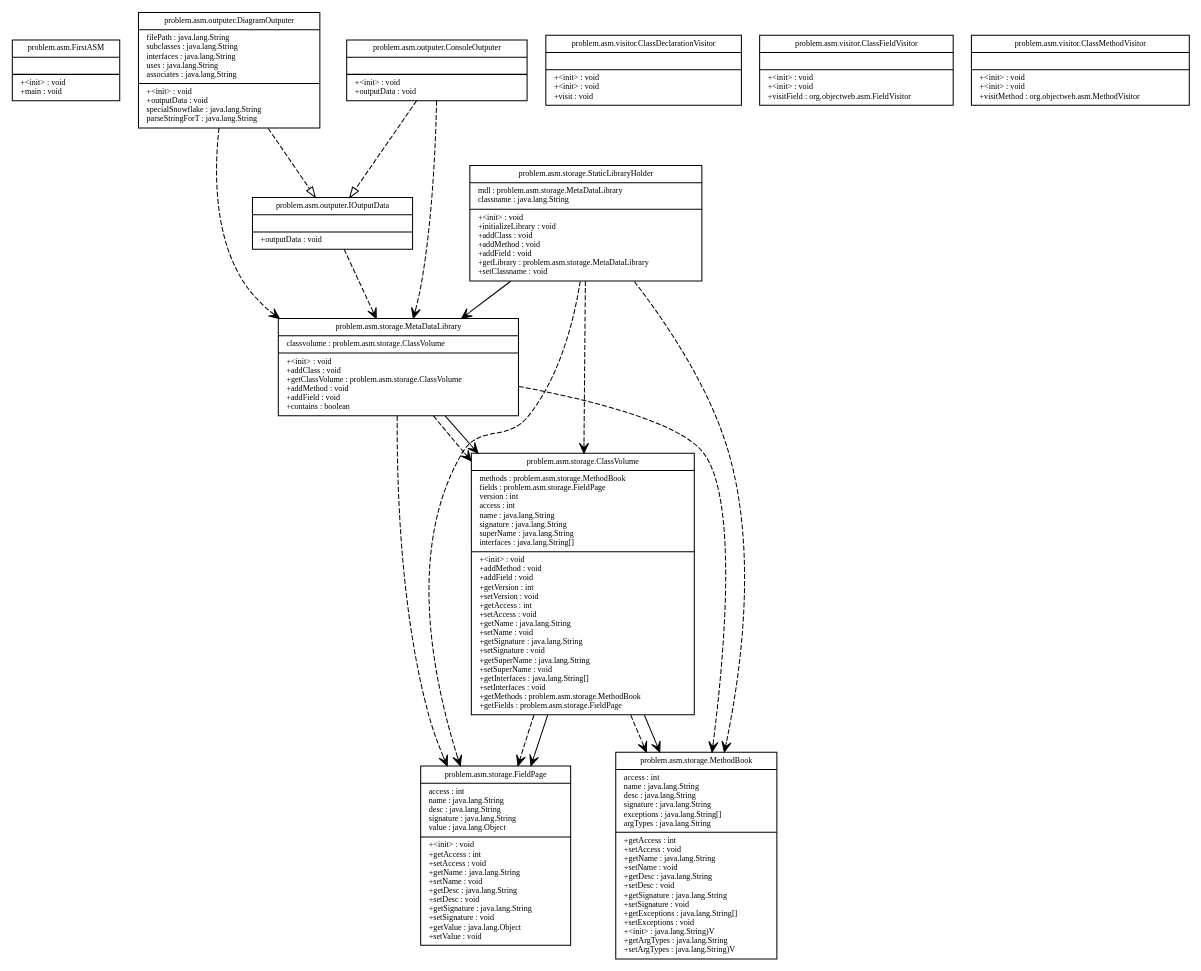
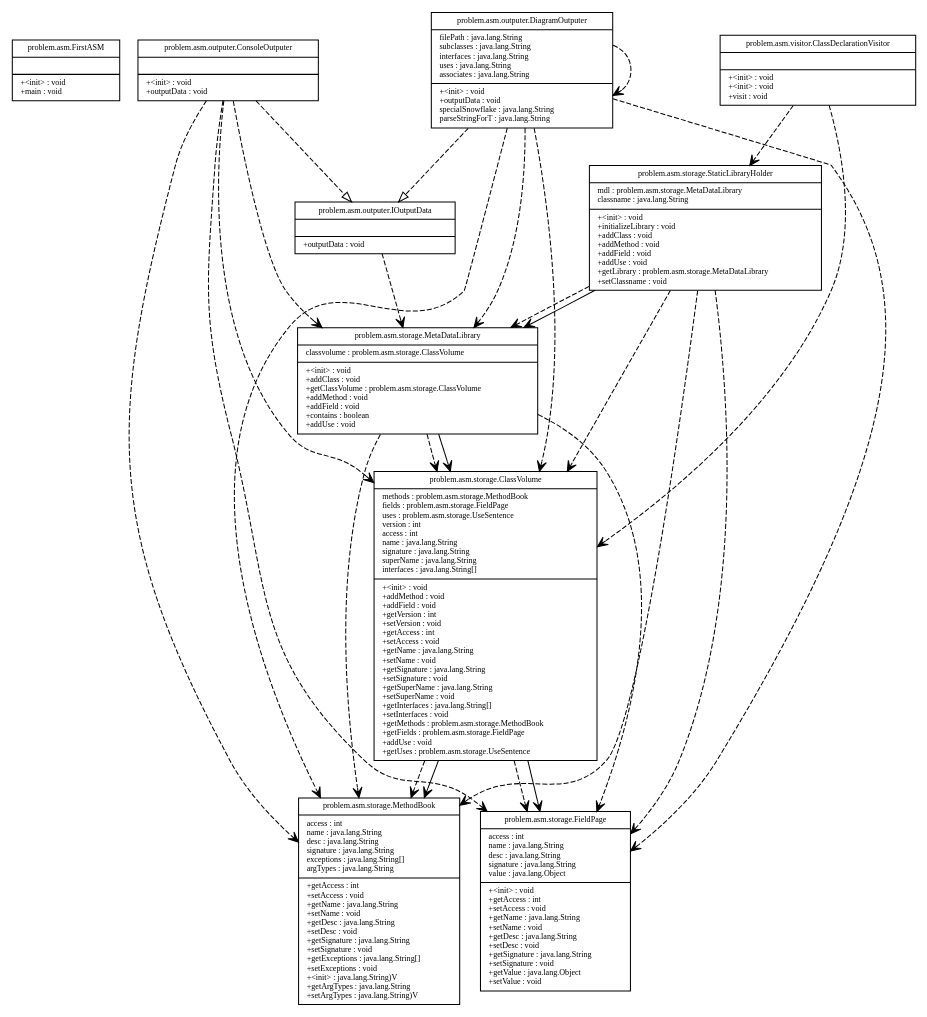
The diagram in dot/OurProject.dot (schnip/BluePizzaDiagrams), drawn with Graphviz before and after one commit. The commit also changed 5 other files, not shown here.

```diff
--- a/dot/OurProject.dot
+++ b/dot/OurProject.dot
@@ -1,70 +1,74 @@
 digraph G {
 fontname = "Bitstream Vera Sans"
 fontsize = 8
 node [
 fontname = "Bitstream Vera Sans"
 fontsize = 8
 shape = "record"
 ]
 edge [
 fontname = "Bitstream Vera Sans"
 fontsize = 8
 ]
 problemasmFirstASM [
 label = "{problem.asm.FirstASM||+\<init\> : void\l+main : void\l}"
 ]
 problemasmoutputerConsoleOutputer [
 label = "{problem.asm.outputer.ConsoleOutputer||+\<init\> : void\l+outputData : void\l}"
 ]
 problemasmoutputerDiagramOutputer [
 label = "{problem.asm.outputer.DiagramOutputer|filePath : java.lang.String\lsubclasses : java.lang.String\linterfaces : java.lang.String\luses : java.lang.String\lassociates : java.lang.String\l|+\<init\> : void\l+outputData : void\lspecialSnowflake : java.lang.String\lparseStringForT : java.lang.String\l}"
 ]
 problemasmoutputerIOutputData [
 label = "{problem.asm.outputer.IOutputData||+outputData : void\l}"
 ]
 problemasmstorageClassVolume [
-label = "{problem.asm.storage.ClassVolume|methods : problem.asm.storage.MethodBook\lfields : problem.asm.storage.FieldPage\lversion : int\laccess : int\lname : java.lang.String\lsignature : java.lang.String\lsuperName : java.lang.String\linterfaces : java.lang.String[]\l|+\<init\> : void\l+addMethod : void\l+addField : void\l+getVersion : int\l+setVersion : void\l+getAccess : int\l+setAccess : void\l+getName : java.lang.String\l+setName : void\l+getSignature : java.lang.String\l+setSignature : void\l+getSuperName : java.lang.String\l+setSuperName : void\l+getInterfaces : java.lang.String[]\l+setInterfaces : void\l+getMethods : problem.asm.storage.MethodBook\l+getFields : problem.asm.storage.FieldPage\l}"
+label = "{problem.asm.storage.ClassVolume|methods : problem.asm.storage.MethodBook\lfields : problem.asm.storage.FieldPage\luses : problem.asm.storage.UseSentence\lversion : int\laccess : int\lname : java.lang.String\lsignature : java.lang.String\lsuperName : java.lang.String\linterfaces : java.lang.String[]\l|+\<init\> : void\l+addMethod : void\l+addField : void\l+getVersion : int\l+setVersion : void\l+getAccess : int\l+setAccess : void\l+getName : java.lang.String\l+setName : void\l+getSignature : java.lang.String\l+setSignature : void\l+getSuperName : java.lang.String\l+setSuperName : void\l+getInterfaces : java.lang.String[]\l+setInterfaces : void\l+getMethods : problem.asm.storage.MethodBook\l+getFields : problem.asm.storage.FieldPage\l+addUse : void\l+getUses : problem.asm.storage.UseSentence\l}"
 ]
 problemasmstorageFieldPage [
 label = "{problem.asm.storage.FieldPage|access : int\lname : java.lang.String\ldesc : java.lang.String\lsignature : java.lang.String\lvalue : java.lang.Object\l|+\<init\> : void\l+getAccess : int\l+setAccess : void\l+getName : java.lang.String\l+setName : void\l+getDesc : java.lang.String\l+setDesc : void\l+getSignature : java.lang.String\l+setSignature : void\l+getValue : java.lang.Object\l+setValue : void\l}"
 ]
 problemasmstorageMetaDataLibrary [
-label = "{problem.asm.storage.MetaDataLibrary|classvolume : problem.asm.storage.ClassVolume\l|+\<init\> : void\l+addClass : void\l+getClassVolume : problem.asm.storage.ClassVolume\l+addMethod : void\l+addField : void\l+contains : boolean\l}"
+label = "{problem.asm.storage.MetaDataLibrary|classvolume : problem.asm.storage.ClassVolume\l|+\<init\> : void\l+addClass : void\l+getClassVolume : problem.asm.storage.ClassVolume\l+addMethod : void\l+addField : void\l+contains : boolean\l+addUse : void\l}"
 ]
 problemasmstorageMethodBook [
 label = "{problem.asm.storage.MethodBook|access : int\lname : java.lang.String\ldesc : java.lang.String\lsignature : java.lang.String\lexceptions : java.lang.String[]\largTypes : java.lang.String\l|+getAccess : int\l+setAccess : void\l+getName : java.lang.String\l+setName : void\l+getDesc : java.lang.String\l+setDesc : void\l+getSignature : java.lang.String\l+setSignature : void\l+getExceptions : java.lang.String[]\l+setExceptions : void\l+\<init\> : java.lang.String)V\l+getArgTypes : java.lang.String\l+setArgTypes : java.lang.String)V\l}"
 ]
 problemasmstorageStaticLibraryHolder [
-label = "{problem.asm.storage.StaticLibraryHolder|mdl : problem.asm.storage.MetaDataLibrary\lclassname : java.lang.String\l|+\<init\> : void\l+initializeLibrary : void\l+addClass : void\l+addMethod : void\l+addField : void\l+getLibrary : problem.asm.storage.MetaDataLibrary\l+setClassname : void\l}"
+label = "{problem.asm.storage.StaticLibraryHolder|mdl : problem.asm.storage.MetaDataLibrary\lclassname : java.lang.String\l|+\<init\> : void\l+initializeLibrary : void\l+addClass : void\l+addMethod : void\l+addField : void\l+addUse : void\l+getLibrary : problem.asm.storage.MetaDataLibrary\l+setClassname : void\l}"
 ]
 problemasmvisitorClassDeclarationVisitor [
 label = "{problem.asm.visitor.ClassDeclarationVisitor||+\<init\> : void\l+\<init\> : void\l+visit : void\l}"
-]
-problemasmvisitorClassFieldVisitor [
-label = "{problem.asm.visitor.ClassFieldVisitor||+\<init\> : void\l+\<init\> : void\l+visitField : org.objectweb.asm.FieldVisitor\l}"
-]
-problemasmvisitorClassMethodVisitor [
-label = "{problem.asm.visitor.ClassMethodVisitor||+\<init\> : void\l+\<init\> : void\l+visitMethod : org.objectweb.asm.MethodVisitor\l}"
 ]
 edge [ arrowhead = "empty", style = "none" ]
 edge [ arrowhead = "empty", style = "dashed" ]
 problemasmoutputerDiagramOutputer -> problemasmoutputerIOutputData
 problemasmoutputerConsoleOutputer -> problemasmoutputerIOutputData
 edge [ arrowhead = "vee", style = "dashed" ]
+problemasmstorageStaticLibraryHolder -> problemasmstorageFieldPage
 problemasmstorageMetaDataLibrary -> problemasmstorageFieldPage
+problemasmoutputerDiagramOutputer -> problemasmstorageMethodBook
+problemasmoutputerConsoleOutputer -> problemasmstorageMetaDataLibrary
+problemasmstorageMetaDataLibrary -> problemasmstorageMethodBook
+problemasmoutputerConsoleOutputer -> problemasmstorageMethodBook
+problemasmstorageStaticLibraryHolder -> problemasmstorageClassVolume
+problemasmoutputerDiagramOutputer -> problemasmstorageFieldPage
+problemasmvisitorClassDeclarationVisitor -> problemasmstorageStaticLibraryHolder
+problemasmvisitorClassDeclarationVisitor -> problemasmstorageClassVolume
+problemasmoutputerDiagramOutputer -> problemasmstorageClassVolume
+problemasmoutputerConsoleOutputer -> problemasmstorageFieldPage
+problemasmoutputerConsoleOutputer -> problemasmstorageClassVolume
+problemasmoutputerIOutputData -> problemasmstorageMetaDataLibrary
+problemasmstorageStaticLibraryHolder -> problemasmstorageMetaDataLibrary
+problemasmstorageStaticLibraryHolder -> problemasmstorageMethodBook
+problemasmoutputerDiagramOutputer -> problemasmoutputerDiagramOutputer
 problemasmstorageMetaDataLibrary -> problemasmstorageClassVolume
-problemasmstorageMetaDataLibrary -> problemasmstorageMethodBook
-problemasmoutputerIOutputData -> problemasmstorageMetaDataLibrary
+problemasmoutputerDiagramOutputer -> problemasmstorageMetaDataLibrary
+problemasmstorageClassVolume -> problemasmstorageMethodBook
 problemasmstorageClassVolume -> problemasmstorageFieldPage
-problemasmstorageStaticLibraryHolder -> problemasmstorageFieldPage
-problemasmoutputerDiagramOutputer -> problemasmstorageMetaDataLibrary
-problemasmoutputerConsoleOutputer -> problemasmstorageMetaDataLibrary
-problemasmstorageClassVolume -> problemasmstorageMethodBook
-problemasmstorageStaticLibraryHolder -> problemasmstorageClassVolume
-problemasmstorageStaticLibraryHolder -> problemasmstorageMethodBook
 edge [ arrowhead = "vee", style = "none" ]
 problemasmstorageStaticLibraryHolder -> problemasmstorageMetaDataLibrary
 problemasmstorageMetaDataLibrary -> problemasmstorageClassVolume
 problemasmstorageClassVolume -> problemasmstorageFieldPage
 problemasmstorageClassVolume -> problemasmstorageMethodBook
 }
```
